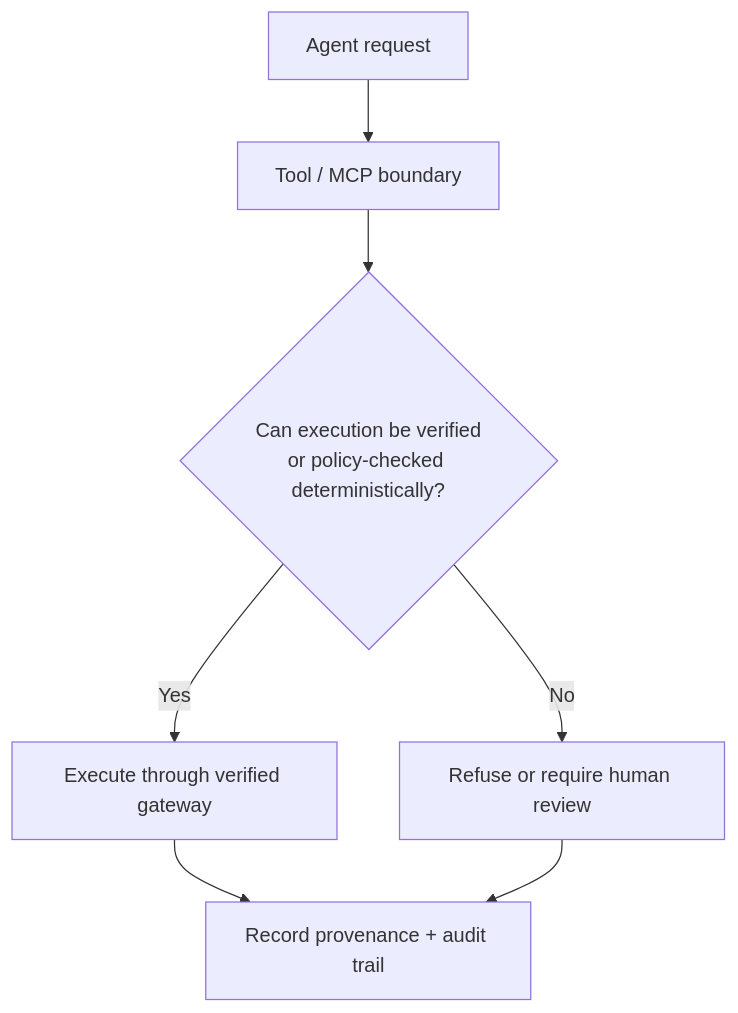
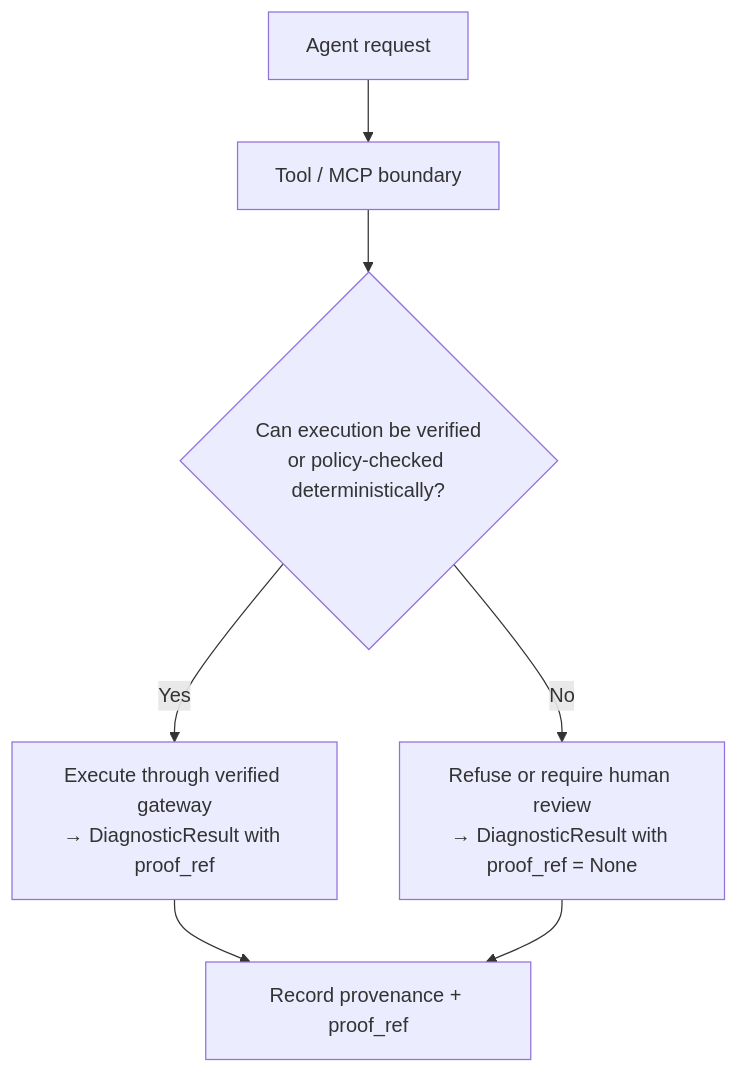
One commit to QWED-AI/qwed-learning changed the fifth of 5 diagrams in ARCHITECTURE.md. Above: the diagram before and after it, drawn with Mermaid. The commit also changed other lines of this file and 16 other files, not shown here.

Commit message:
feat: migrate curriculum from VerificationResult to DiagnosticResult (#7)

````diff
--- a/ARCHITECTURE.md
+++ b/ARCHITECTURE.md
@@ -127,10 +165,10 @@
 ```mermaid
 graph TB
     A["Agent request"] --> B["Tool / MCP boundary"]
     B --> C{"Can execution be verified<br/>or policy-checked deterministically?"}
-    C -->|Yes| D["Execute through verified gateway"]
-    C -->|No| E["Refuse or require human review"]
+    C -->|Yes| D["Execute through verified gateway<br/>→ DiagnosticResult with proof_ref"]
+    C -->|No| E["Refuse or require human review<br/>→ DiagnosticResult with proof_ref = None"]
 
-    D --> F["Record provenance + audit trail"]
+    D --> F["Record provenance + proof_ref"]
     E --> F
 ```
````
